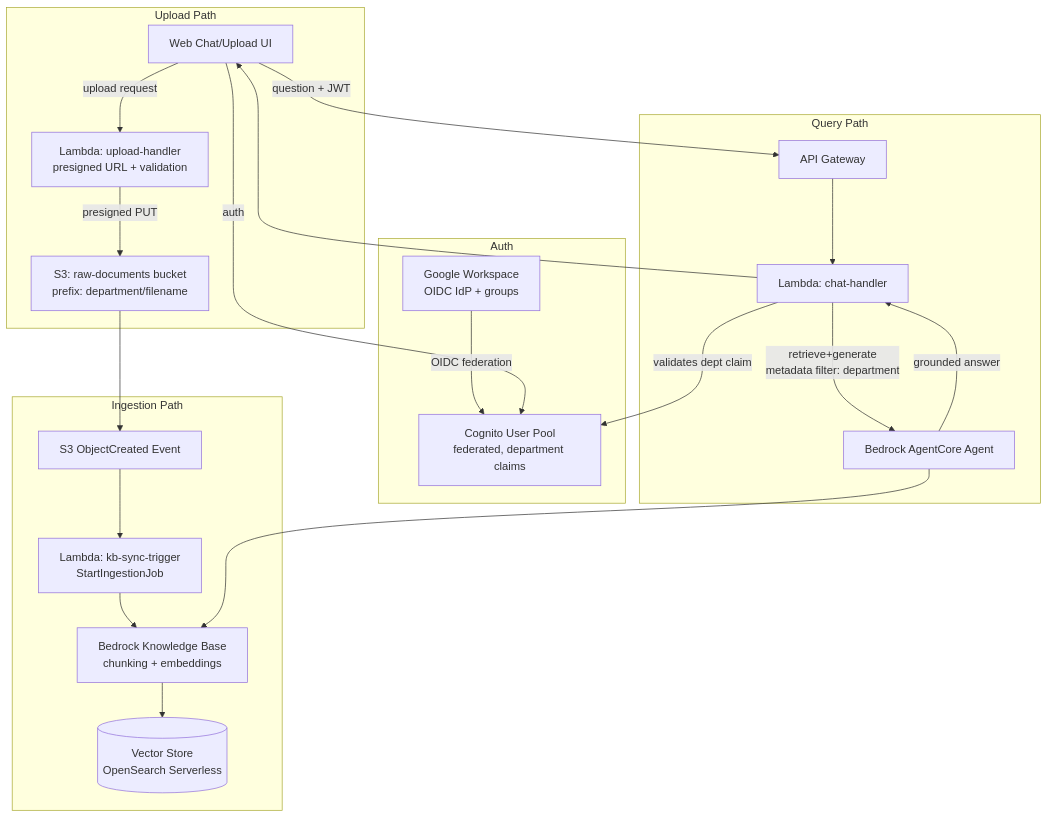
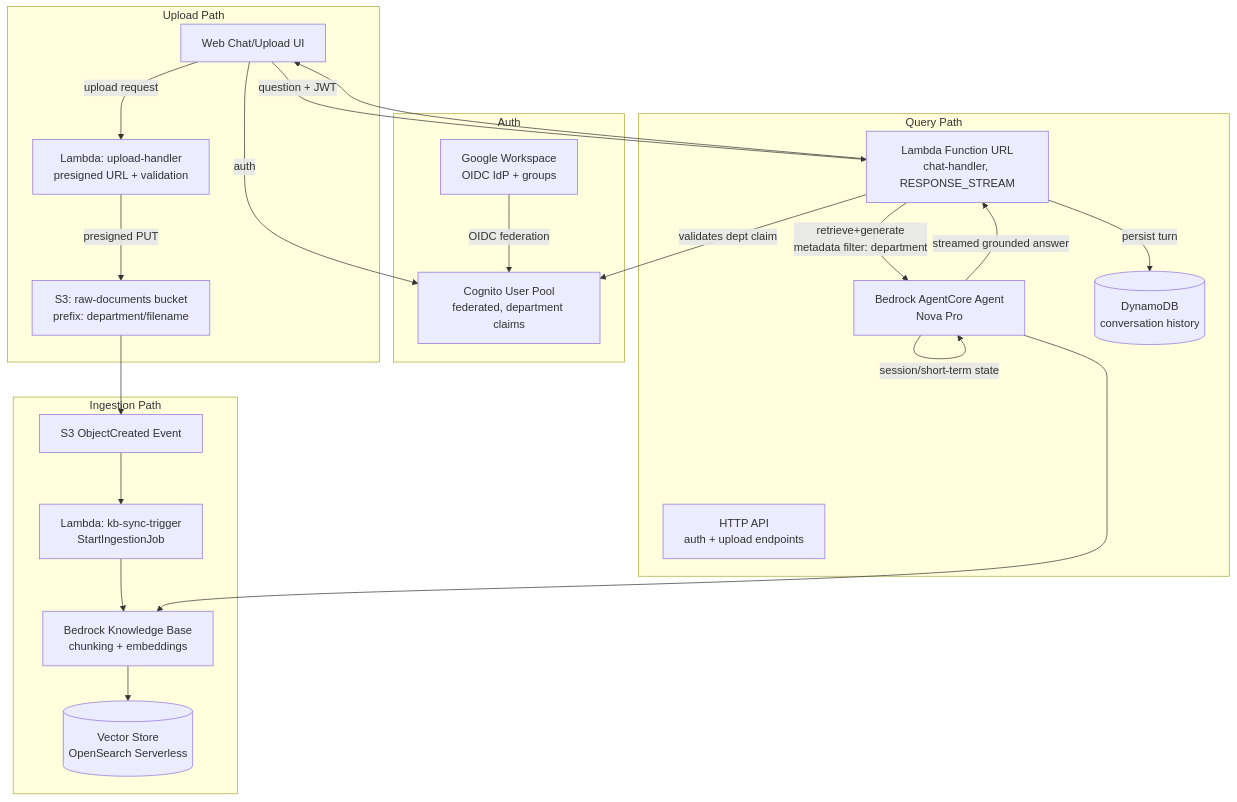
The diagram in specs/rag-knowledge-agent-spec.md (cesschneider/aws-bedrock-agent-core), drawn with Mermaid before and after one commit. The commit also changed other lines of this file and 1 other file, not shown here.

````diff
--- a/specs/rag-knowledge-agent-spec.md
+++ b/specs/rag-knowledge-agent-spec.md
@@ -25,39 +25,42 @@
 ```mermaid
 flowchart TD
     subgraph Auth
         GWS[Google Workspace<br/>OIDC IdP + groups]
         COG[Cognito User Pool<br/>federated, department claims]
         GWS -- OIDC federation --> COG
     end
 
     subgraph Upload Path
         FE[Web Chat/Upload UI]
         S3IN[S3: raw-documents bucket<br/>prefix: department/filename]
         LUP[Lambda: upload-handler<br/>presigned URL + validation]
     end
 
     subgraph Ingestion Path
         S3EVT[S3 ObjectCreated Event]
         LSYNC[Lambda: kb-sync-trigger<br/>StartIngestionJob]
         KB[Bedrock Knowledge Base<br/>chunking + embeddings]
         VS[(Vector Store<br/>OpenSearch Serverless)]
     end
 
     subgraph Query Path
-        APIGW[API Gateway]
-        LCHAT[Lambda: chat-handler]
-        AC[Bedrock AgentCore Agent]
+        APIGW[HTTP API<br/>auth + upload endpoints]
+        LCHAT[Lambda Function URL<br/>chat-handler, RESPONSE_STREAM]
+        AC[Bedrock AgentCore Agent<br/>Nova Pro]
+        DDB[(DynamoDB<br/>conversation history)]
     end
 
     FE -- auth --> COG
     FE -- upload request --> LUP
     LUP -- presigned PUT --> S3IN
     S3IN --> S3EVT --> LSYNC --> KB
     KB --> VS
 
-    FE -- question + JWT --> APIGW --> LCHAT
+    FE -- question + JWT --> LCHAT
     LCHAT -- validates dept claim --> COG
     LCHAT -- retrieve+generate<br/>metadata filter: department --> AC
     AC --> KB
-    AC -- grounded answer --> LCHAT --> FE
+    AC -- session/short-term state --> AC
+    LCHAT -- persist turn --> DDB
+    AC -- streamed grounded answer --> LCHAT --> FE
 ```
````
